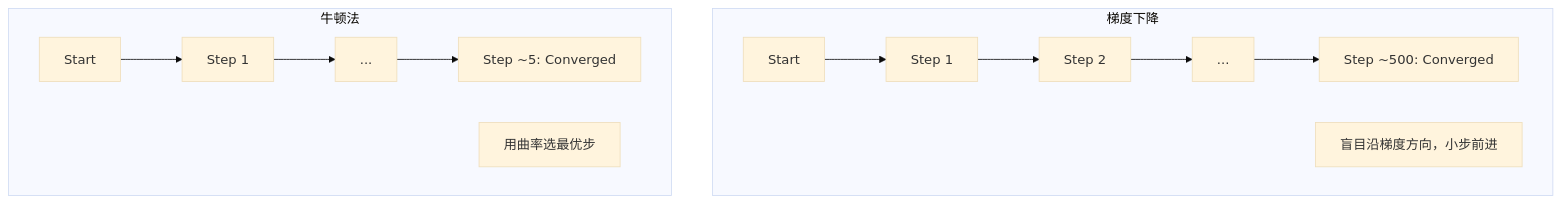
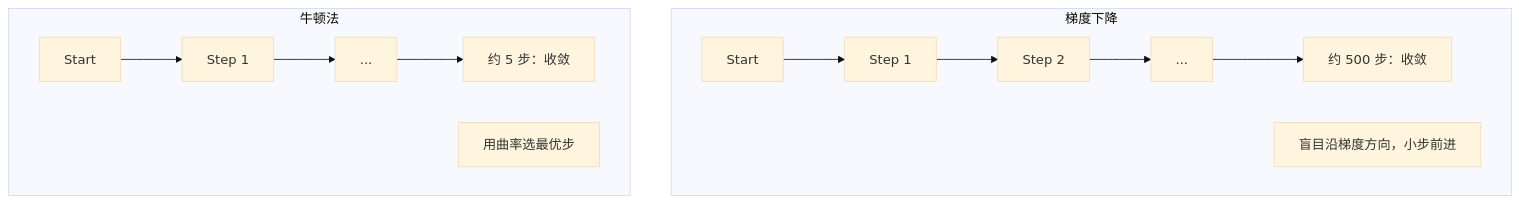
The second of 4 diagrams in phases/01-math-foundations/18-convex-optimization/docs/zh.md (omigaZen/ai-engineering-from-scratch), drawn with Mermaid (base theme) before and after one commit.

Commit message:
feat(phase-01/18): translate convex optimization diagram

````diff
--- a/phases/01-math-foundations/18-convex-optimization/docs/zh.md
+++ b/phases/01-math-foundations/18-convex-optimization/docs/zh.md
@@ -175,16 +175,16 @@
 ```mermaid
 graph TD
     subgraph "梯度下降"
         GD1["Start"] --> GD2["Step 1"]
         GD2 --> GD3["Step 2"]
         GD3 --> GD4["..."]
-        GD4 --> GD5["Step ~500: Converged"]
+        GD4 --> GD5["约 500 步：收敛"]
         GD_note["盲目沿梯度方向，小步前进"]
     end
     subgraph "牛顿法"
         NM1["Start"] --> NM2["Step 1"]
         NM2 --> NM3["..."]
-        NM3 --> NM4["Step ~5: Converged"]
+        NM3 --> NM4["约 5 步：收敛"]
         NM_note["用曲率选最优步"]
     end
 ```
````
